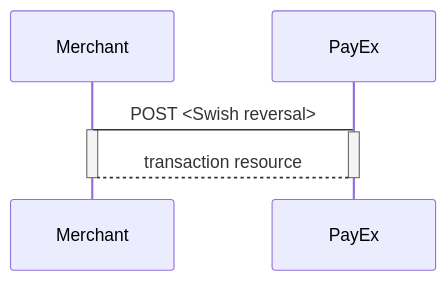
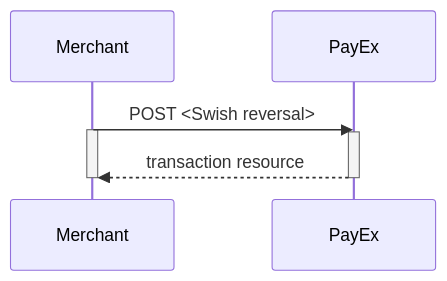
One commit to SwedbankPay/developer.swedbankpay.com changed the second of 2 diagrams in payments/swish/redirect.md. Above: the diagram before and after it, drawn with Mermaid. The commit also changed other lines of this file and 1 other file, not shown here.

Commit message:
dx-256 started fixing up swish redirect

````diff
--- a/payments/swish/redirect.md
+++ b/payments/swish/redirect.md
@@ -110,9 +149,9 @@
 ```mermaid
 sequenceDiagram
-  Merchant->PayEx: POST <Swish reversal>
+  Merchant->>PayEx: POST <Swish reversal>
   Activate Merchant
   Activate PayEx
-  PayEx-->Merchant: transaction resource
+  PayEx-->>Merchant: transaction resource
   Deactivate PayEx
   Deactivate Merchant
 ```
````
